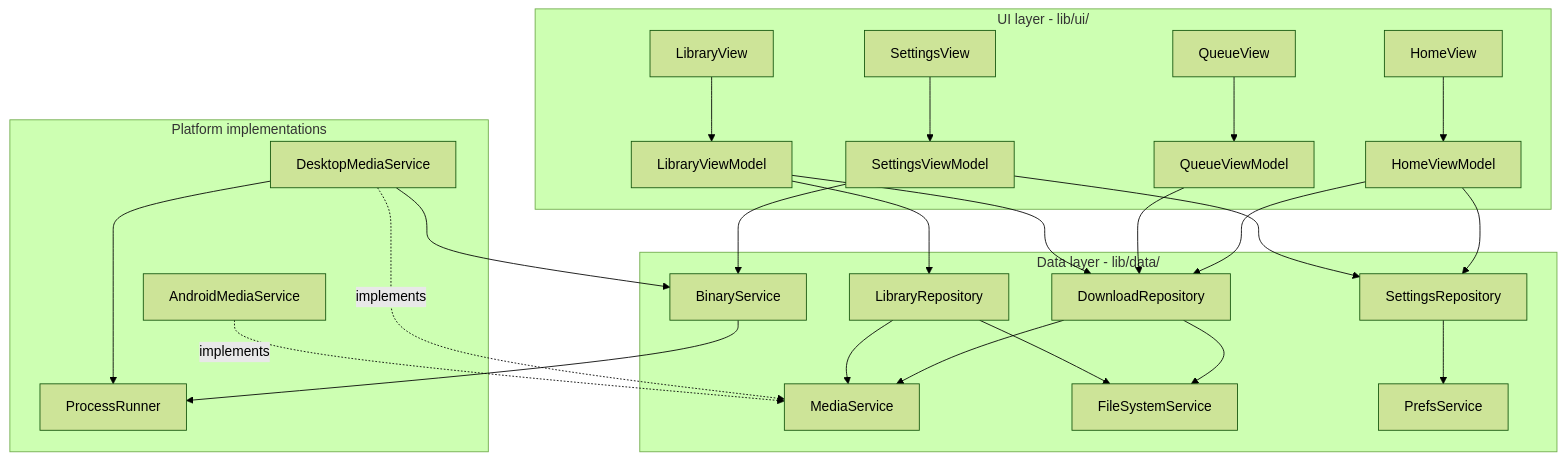
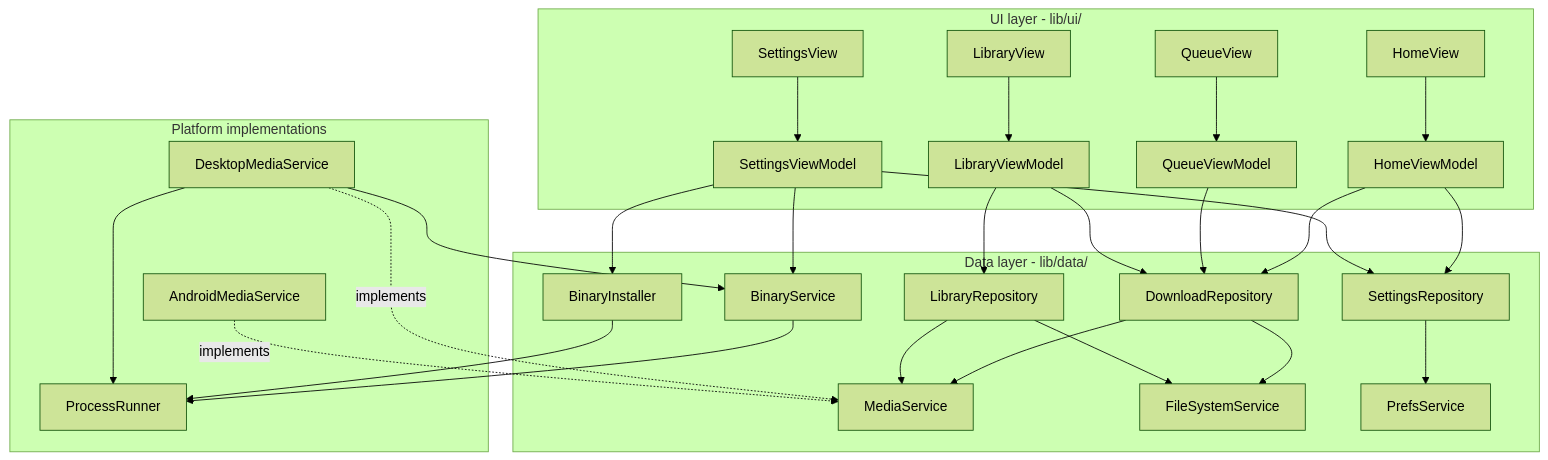
Before and after one commit to vasile-novatchii/ftube: the second of 8 diagrams in docs/spec.md, drawn with Mermaid (forest theme). The commit also changed other lines of this file and 19 other files, not shown here.

````diff
--- a/docs/spec.md
+++ b/docs/spec.md
@@ -75,40 +80,43 @@
 ```mermaid
 flowchart TD
   subgraph uiL["UI layer - lib/ui/"]
     hv[HomeView] --> hvm[HomeViewModel]
     qv[QueueView] --> qvm[QueueViewModel]
     lv[LibraryView] --> lvm[LibraryViewModel]
     sv[SettingsView] --> svm[SettingsViewModel]
   end
   subgraph dataL["Data layer - lib/data/"]
     dr[DownloadRepository]
     lr[LibraryRepository]
     sr[SettingsRepository]
     ms[MediaService]
     fss[FileSystemService]
     ps[PrefsService]
     bin[BinaryService]
+    inst[BinaryInstaller]
   end
   subgraph impl["Platform implementations"]
     dms[DesktopMediaService]
     ams[AndroidMediaService]
     pr[ProcessRunner]
   end
   hvm --> dr
   hvm --> sr
   qvm --> dr
   lvm --> lr
   lvm --> dr
   svm --> sr
   svm --> bin
+  svm --> inst
   dr --> ms
   dr --> fss
   lr --> fss
   lr --> ms
   sr --> ps
   dms -.implements.-> ms
   ams -.implements.-> ms
   dms --> pr
   dms --> bin
   bin --> pr
+  inst --> pr
 ```
````
